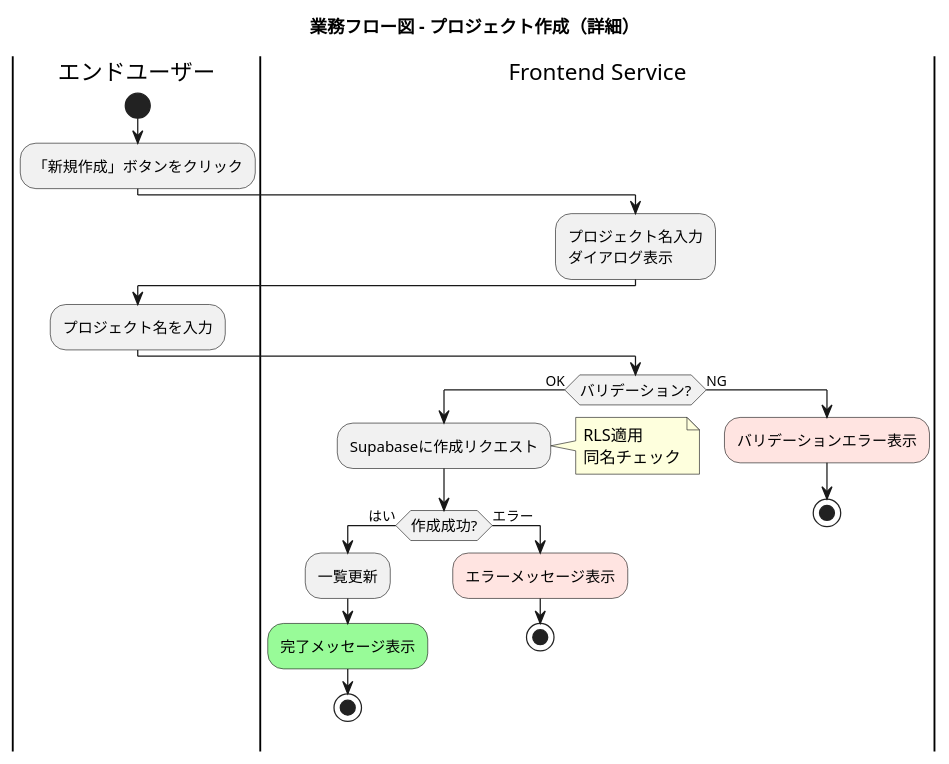
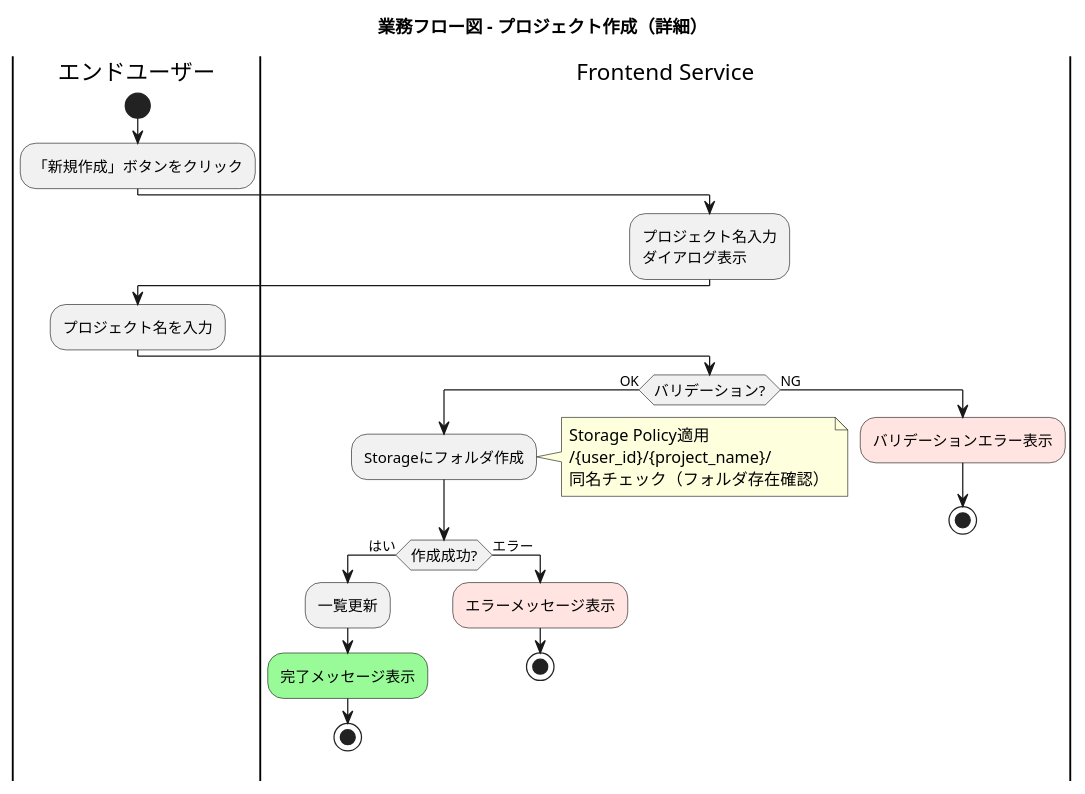
One commit to yoshiwo3/PlantUML2_Opus4.5 changed the sixth of 19 diagrams in docs/proposals/PlantUML_Studio_業務フロー図_20251201.md. Above: the diagram before and after it, drawn with PlantUML. The commit also changed other lines of this file and 14 other files, not shown here.

````diff
--- a/docs/proposals/PlantUML_Studio_業務フロー図_20251201.md
+++ b/docs/proposals/PlantUML_Studio_業務フロー図_20251201.md
@@ -806,39 +817,40 @@
 ```plantuml
 @startuml business_flow_project_create_detail
 skinparam ActivityFontSize 12
 skinparam ConditionEndStyle hline
 
 title 業務フロー図 - プロジェクト作成（詳細）
 
 |エンドユーザー|
 start
 :「新規作成」ボタンをクリック;
 
 |Frontend Service|
 :プロジェクト名入力\nダイアログ表示;
 
 |エンドユーザー|
 :プロジェクト名を入力;
 
 |Frontend Service|
 if (バリデーション?) then (OK)
-  :Supabaseに作成リクエスト;
+  :Storageにフォルダ作成;
   note right
-    RLS適用
-    同名チェック
+    Storage Policy適用
+    /{user_id}/{project_name}/
+    同名チェック（フォルダ存在確認）
   end note
   if (作成成功?) then (はい)
     :一覧更新;
     #palegreen:完了メッセージ表示;
     stop
   else (エラー)
     #mistyrose:エラーメッセージ表示;
     stop
   endif
 else (NG)
   #mistyrose:バリデーションエラー表示;
   stop
 endif
 
 @enduml
 ```
````
